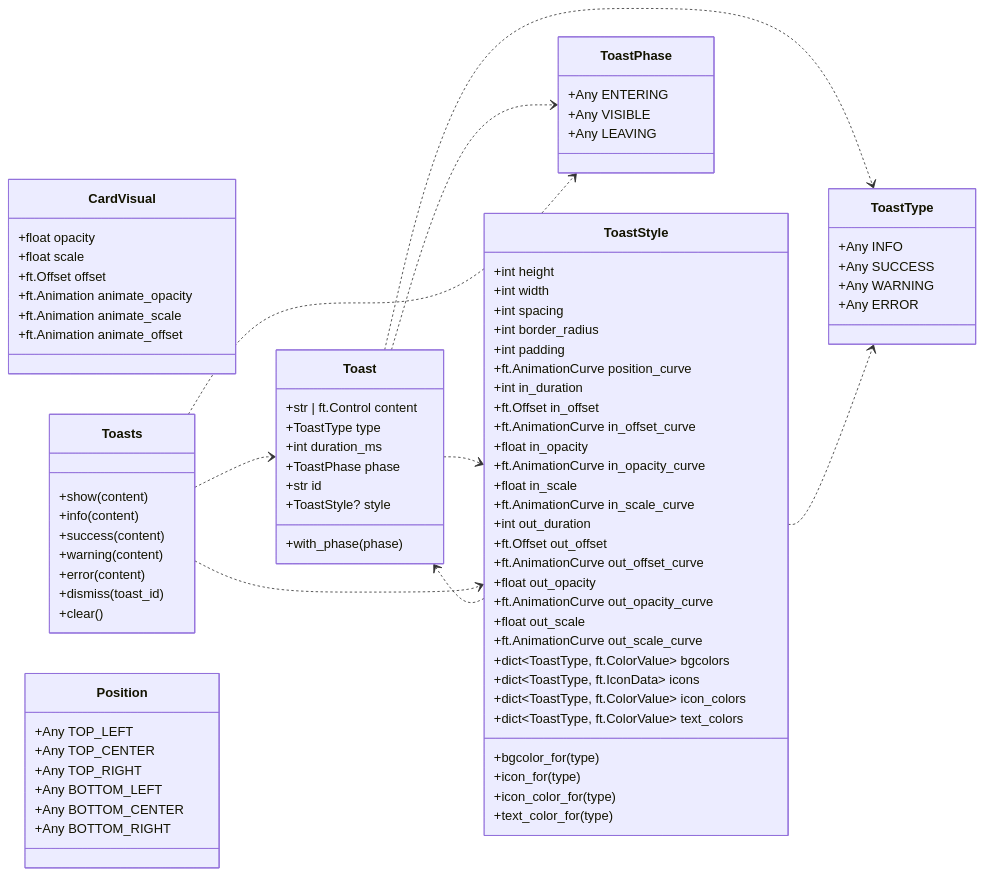
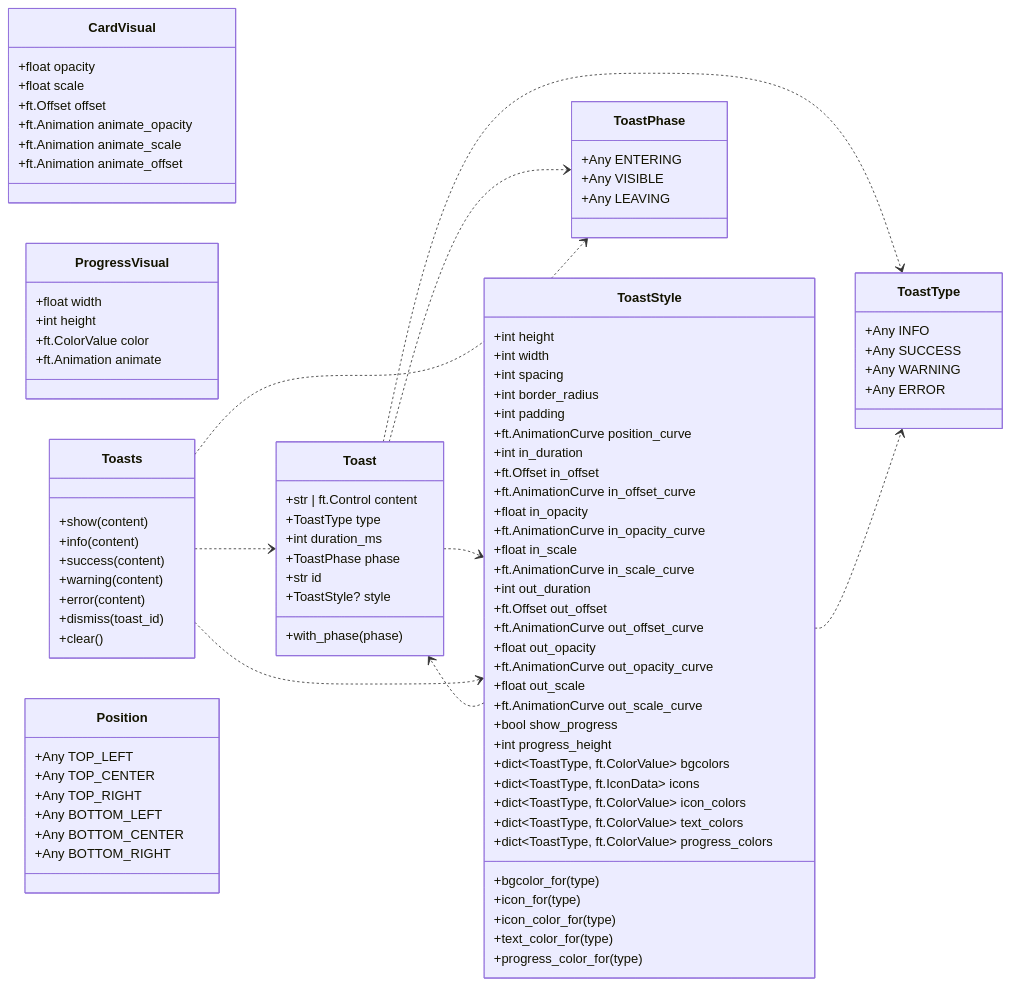
Before and after one commit to brunobrown/flet-toastify: the diagram in docs/assets/diagrams/generated/classes.mmd, drawn with Mermaid. The commit also changed 13 other files, not shown here.

```diff
--- a/docs/assets/diagrams/generated/classes.mmd
+++ b/docs/assets/diagrams/generated/classes.mmd
@@ -1,94 +1,105 @@
 classDiagram
   direction LR
   %% flet-toastify generated architecture diagrams: classes
 
   class CardVisual {
     +float opacity
     +float scale
     +ft.Offset offset
     +ft.Animation animate_opacity
     +ft.Animation animate_scale
     +ft.Animation animate_offset
+  }
+
+  class ProgressVisual {
+    +float width
+    +int height
+    +ft.ColorValue color
+    +ft.Animation animate
   }
 
   class Toast {
     +str | ft.Control content
     +ToastType type
     +int duration_ms
     +ToastPhase phase
     +str id
     +ToastStyle? style
     +with_phase(phase)
   }
 
   class Toasts {
     +show(content)
     +info(content)
     +success(content)
     +warning(content)
     +error(content)
     +dismiss(toast_id)
     +clear()
   }
 
   class ToastStyle {
     +int height
     +int width
     +int spacing
     +int border_radius
     +int padding
     +ft.AnimationCurve position_curve
     +int in_duration
     +ft.Offset in_offset
     +ft.AnimationCurve in_offset_curve
     +float in_opacity
     +ft.AnimationCurve in_opacity_curve
     +float in_scale
     +ft.AnimationCurve in_scale_curve
     +int out_duration
     +ft.Offset out_offset
     +ft.AnimationCurve out_offset_curve
     +float out_opacity
     +ft.AnimationCurve out_opacity_curve
     +float out_scale
     +ft.AnimationCurve out_scale_curve
+    +bool show_progress
+    +int progress_height
     +dict~ToastType, ft.ColorValue~ bgcolors
     +dict~ToastType, ft.IconData~ icons
     +dict~ToastType, ft.ColorValue~ icon_colors
     +dict~ToastType, ft.ColorValue~ text_colors
+    +dict~ToastType, ft.ColorValue~ progress_colors
     +bgcolor_for(type)
     +icon_for(type)
     +icon_color_for(type)
     +text_color_for(type)
+    +progress_color_for(type)
   }
 
   class Position {
     +Any TOP_LEFT
     +Any TOP_CENTER
     +Any TOP_RIGHT
     +Any BOTTOM_LEFT
     +Any BOTTOM_CENTER
     +Any BOTTOM_RIGHT
   }
 
   class ToastPhase {
     +Any ENTERING
     +Any VISIBLE
     +Any LEAVING
   }
 
   class ToastType {
     +Any INFO
     +Any SUCCESS
     +Any WARNING
     +Any ERROR
   }
 
   Toast ..> ToastPhase
   Toast ..> ToastStyle
   Toast ..> ToastType
   ToastStyle ..> Toast
   ToastStyle ..> ToastType
   Toasts ..> Toast
   Toasts ..> ToastPhase
   Toasts ..> ToastStyle
```
